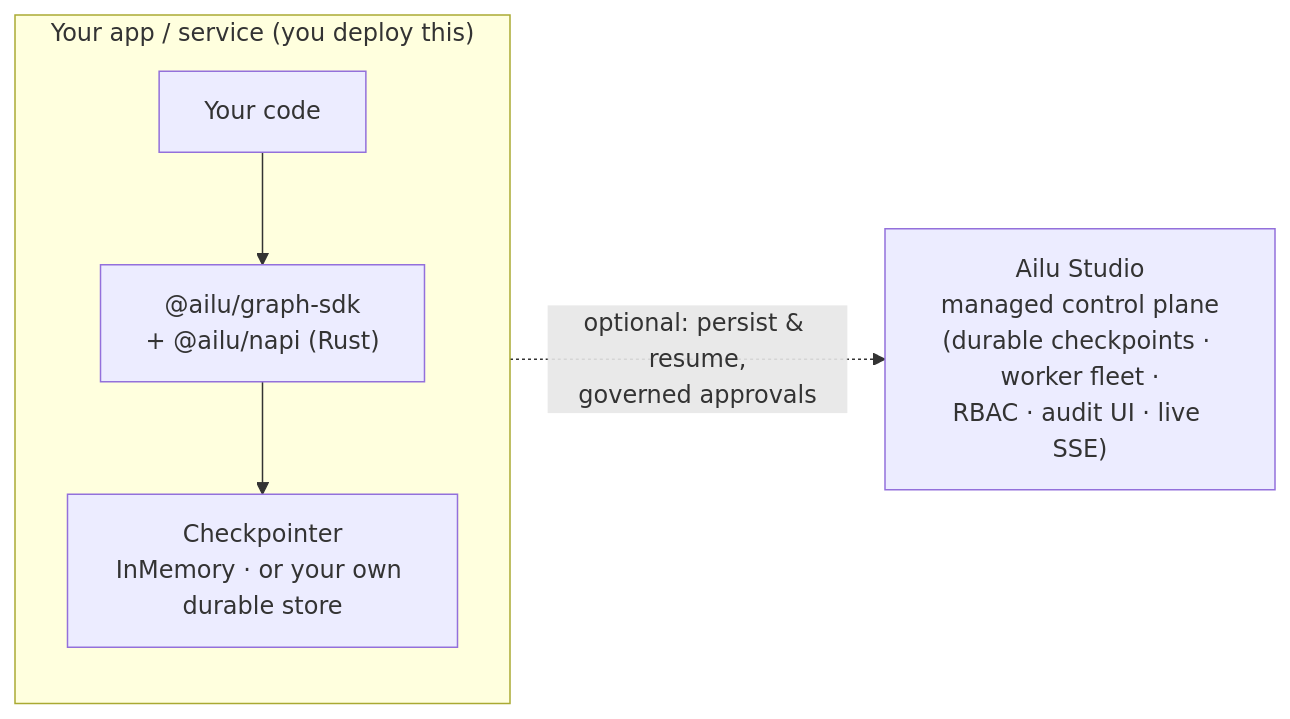
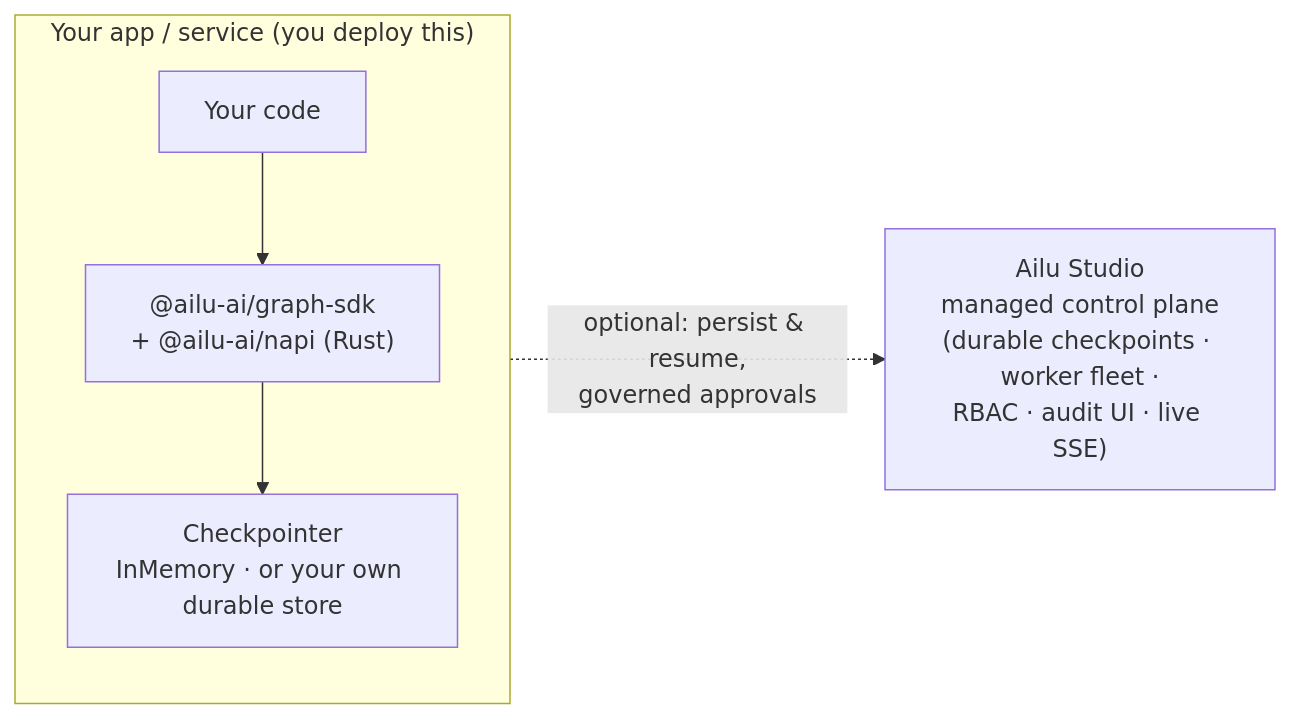
One commit to AI-Adriane/ailu-core changed the diagram in docs-site/docs/production/deployment.md. Above: the diagram before and after it, drawn with Mermaid. The commit also changed other lines of this file and 380 other files, not shown here.

````diff
--- a/docs-site/docs/production/deployment.md
+++ b/docs-site/docs/production/deployment.md
@@ -144,15 +144,15 @@
 ```mermaid
 flowchart LR
   subgraph yourapp["Your app / service (you deploy this)"]
     direction TB
     code["Your code"]
-    sdk["@ailu/graph-sdk\n+ @ailu/napi (Rust)"]
+    sdk["@ailu-ai/graph-sdk\n+ @ailu-ai/napi (Rust)"]
     cp["Checkpointer\nInMemory · or your own durable store"]
     code --> sdk
     sdk --> cp
   end
 
   studio["Ailu Studio\nmanaged control plane\n(durable checkpoints · worker fleet ·\nRBAC · audit UI · live SSE)"]
 
   yourapp -.->|optional: persist & resume,\ngoverned approvals| studio
 ```
````
